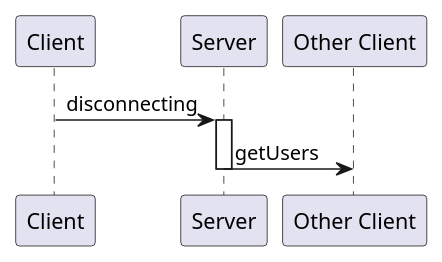
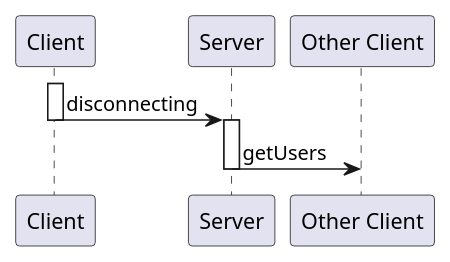
One commit to Dragicafit/Anime-Watch-Parties changed the diagram in wiki/resource/disconnecting.puml. Above: the diagram before and after it, drawn with PlantUML. The commit also changed 21 other files, not shown here.

```diff
--- a/wiki/resource/disconnecting.puml
+++ b/wiki/resource/disconnecting.puml
@@ -1,8 +1,10 @@
 @startuml disconnecting
 
+activate Client
 Client -> Server: disconnecting
+deactivate Client
 activate Server
 Server -> "Other Client": getUsers
 deactivate Server
 
 @enduml
```
